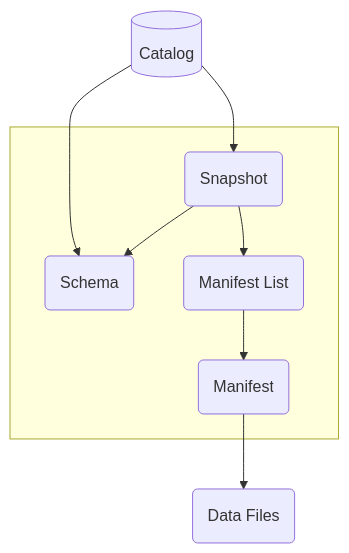
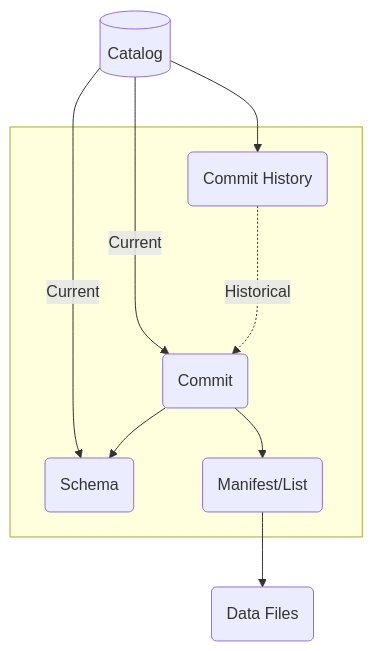
One commit to mabel-dev/tarchia changed the diagram in README.md. Above: the diagram before and after it, drawn with Mermaid. The commit also changed other lines of this file, not shown here.

```diff
--- a/README.md
+++ b/README.md
@@ -47,11 +47,12 @@
 ~~~mermaid
 flowchart TD
-    CATALOG[(Catalog)] --> SNAPSHOT(Snapshot)
-    CATALOG  --> SCHEMA(Schema)
+    CATALOG  --> COMMITS(Commit History)
+    CATALOG[(Catalog)] --> |Current| COMMIT(Commit)
+    CATALOG  --> |Current| SCHEMA(Schema)
     subgraph  
-        MAN_LIST --> MANIFEST(Manifest)
-        SNAPSHOT --> SCHEMA
-        SNAPSHOT --> MAN_LIST(Manifest List)
+        COMMITS  -..-> |Historical| COMMIT
+        COMMIT --> SCHEMA
+        COMMIT --> MAN_LIST(Manifest/List)
     end
-    MANIFEST --> DATA(Data Files)
+    MAN_LIST --> DATA(Data Files)
 ~~~
```
